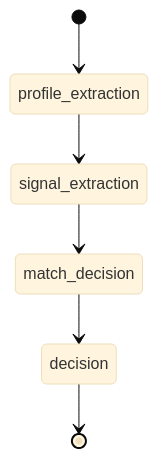
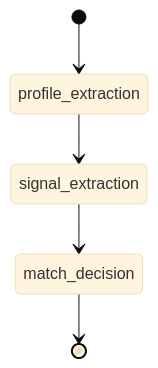
The first of 2 diagrams in docs/ARCHITECTURE.md (skaut-careers/platform), drawn with Mermaid (base theme) before and after one commit. The commit also changed other lines of this file and 9 other files, not shown here.

Commit message:
refactor match decision components in Bounded Application Workflow; renamed decision-related classes and updated architecture documentation to reflect new MatchDecider model, enhanced evaluation metrics, and improved clarity in agent protocols and workflows

````diff
--- a/docs/ARCHITECTURE.md
+++ b/docs/ARCHITECTURE.md
@@ -9,8 +9,7 @@
 ```mermaid
 stateDiagram-v2
     [*] --> profile_extraction
     profile_extraction --> signal_extraction
     signal_extraction --> match_decision
-    match_decision --> decision
-    decision --> [*]
+    match_decision --> [*]
 ```
````
